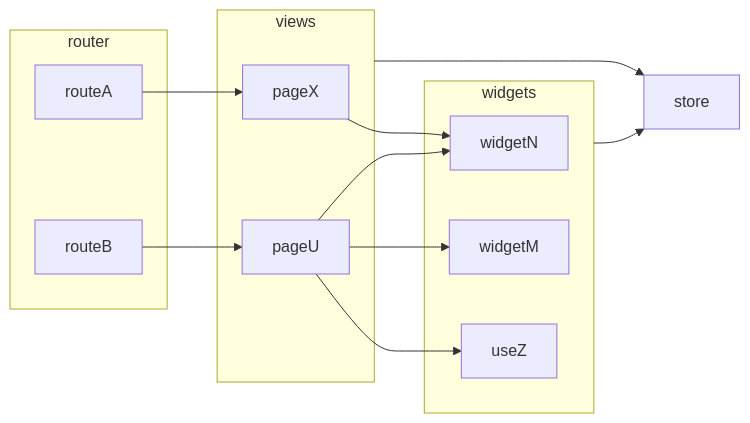
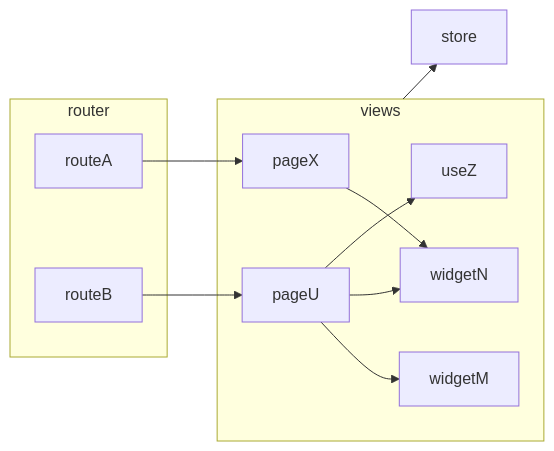
The second of 2 diagrams in docs/DEVELOPMENT.md (joaomelo/calystone), drawn with Mermaid before and after one commit. The commit also changed other lines of this file, not shown here.

````diff
--- a/docs/DEVELOPMENT.md
+++ b/docs/DEVELOPMENT.md
@@ -42,26 +42,23 @@
 ```mermaid
 graph LR;
   subgraph router
     routeA;
     routeB
   end
   subgraph views
     pageX;
     pageU;
-  end
-  subgraph widgets
     widgetN
     widgetM
     useZ
   end  
   store
 
   routeA --> pageX;
   routeB --> pageU
   pageX --> widgetN
   pageU --> widgetM;
   pageU --> widgetN;
   pageU --> useZ;
   views --> store;
-  widgets --> store;
 ```
````
